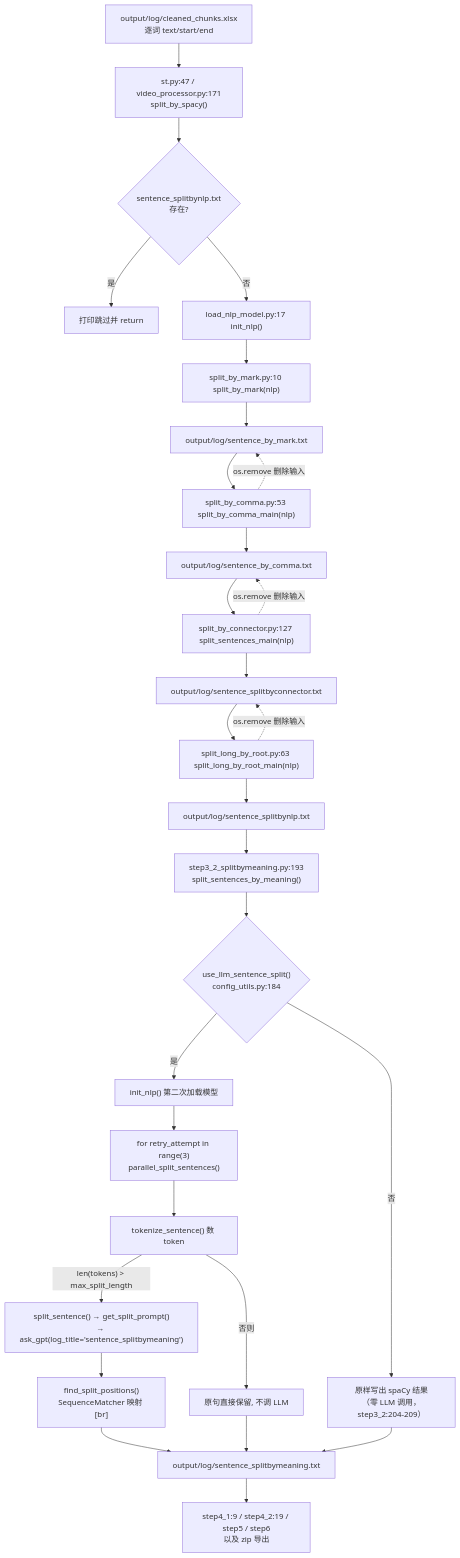
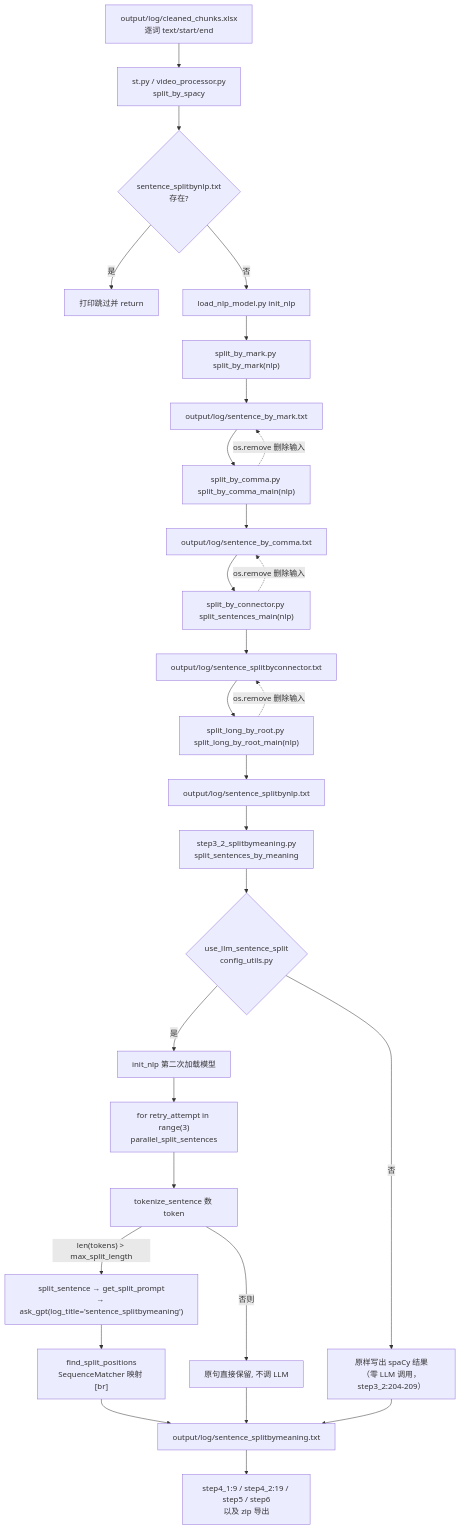
Before and after one commit to Brzjomo/VideoLingoMove: the diagram in devdocs/02-pipeline/03-句子切分NLP.md, drawn with Mermaid. The commit also changed other lines of this file and 33 other files, not shown here.

````diff
--- a/devdocs/02-pipeline/03-句子切分NLP.md
+++ b/devdocs/02-pipeline/03-句子切分NLP.md
@@ -54,31 +54,31 @@
 ```mermaid
 flowchart TD
-    X["output/log/cleaned_chunks.xlsx<br/>逐词 text/start/end"] --> ENT
-    ENT["st.py:47 / video_processor.py:171<br/>split_by_spacy()"] --> IDEM{"sentence_splitbynlp.txt<br/>存在?"}
-    IDEM -- 是 --> SKIP["打印跳过并 return"]
-    IDEM -- 否 --> INIT["load_nlp_model.py:17 init_nlp()"]
-    INIT --> M["split_by_mark.py:10 split_by_mark(nlp)"]
-    M --> F1["output/log/sentence_by_mark.txt"]
-    F1 --> C["split_by_comma.py:53 split_by_comma_main(nlp)"]
-    C -.->|"os.remove 删除输入"| F1
-    C --> F2["output/log/sentence_by_comma.txt"]
-    F2 --> N["split_by_connector.py:127 split_sentences_main(nlp)"]
-    N -.->|"os.remove 删除输入"| F2
-    N --> F3["output/log/sentence_splitbyconnector.txt"]
-    F3 --> R["split_long_by_root.py:63 split_long_by_root_main(nlp)"]
-    R -.->|"os.remove 删除输入"| F3
-    R --> F4["output/log/sentence_splitbynlp.txt"]
-    F4 --> SM["step3_2_splitbymeaning.py:193<br/>split_sentences_by_meaning()"]
-    SM --> GATE{"use_llm_sentence_split()<br/>config_utils.py:184"}
-    GATE -- 否 --> COPY["原样写出 spaCy 结果<br/>（零 LLM 调用，step3_2:204-209）"]
-    GATE -- 是 --> INIT2["init_nlp() 第二次加载模型"]
-    INIT2 --> RETRY["for retry_attempt in range(3)<br/>parallel_split_sentences()"]
-    RETRY --> TOK["tokenize_sentence() 数 token"]
-    TOK -- "len(tokens) &gt; max_split_length" --> LLM["split_sentence() → get_split_prompt()<br/>→ ask_gpt(log_title='sentence_splitbymeaning')"]
-    TOK -- "否则" --> KEEP["原句直接保留, 不调 LLM"]
-    LLM --> FSP["find_split_positions()<br/>SequenceMatcher 映射 [br]"]
-    FSP --> OUT["output/log/sentence_splitbymeaning.txt"]
-    KEEP --> OUT
-    COPY --> OUT
-    OUT --> D["step4_1:9 / step4_2:19 / step5 / step6<br/>以及 zip 导出"]
+ X["output/log/cleaned_chunks.xlsx<br/>逐词 text/start/end"] --> ENT
+ ENT["st.py / video_processor.py<br/>split_by_spacy"] --> IDEM{"sentence_splitbynlp.txt<br/>存在?"}
+ IDEM -- 是 --> SKIP["打印跳过并 return"]
+ IDEM -- 否 --> INIT["load_nlp_model.py init_nlp"]
+ INIT --> M["split_by_mark.py split_by_mark(nlp)"]
+ M --> F1["output/log/sentence_by_mark.txt"]
+ F1 --> C["split_by_comma.py split_by_comma_main(nlp)"]
+ C -.->|"os.remove 删除输入"| F1
+ C --> F2["output/log/sentence_by_comma.txt"]
+ F2 --> N["split_by_connector.py split_sentences_main(nlp)"]
+ N -.->|"os.remove 删除输入"| F2
+ N --> F3["output/log/sentence_splitbyconnector.txt"]
+ F3 --> R["split_long_by_root.py split_long_by_root_main(nlp)"]
+ R -.->|"os.remove 删除输入"| F3
+ R --> F4["output/log/sentence_splitbynlp.txt"]
+ F4 --> SM["step3_2_splitbymeaning.py<br/>split_sentences_by_meaning"]
+ SM --> GATE{"use_llm_sentence_split<br/>config_utils.py"}
+ GATE -- 否 --> COPY["原样写出 spaCy 结果<br/>（零 LLM 调用，step3_2:204-209）"]
+ GATE -- 是 --> INIT2["init_nlp 第二次加载模型"]
+ INIT2 --> RETRY["for retry_attempt in range(3)<br/>parallel_split_sentences"]
+ RETRY --> TOK["tokenize_sentence 数 token"]
+ TOK -- "len(tokens) &gt; max_split_length" --> LLM["split_sentence → get_split_prompt<br/>→ ask_gpt(log_title='sentence_splitbymeaning')"]
+ TOK -- "否则" --> KEEP["原句直接保留, 不调 LLM"]
+ LLM --> FSP["find_split_positions<br/>SequenceMatcher 映射 [br]"]
+ FSP --> OUT["output/log/sentence_splitbymeaning.txt"]
+ KEEP --> OUT
+ COPY --> OUT
+ OUT --> D["step4_1:9 / step4_2:19 / step5 / step6<br/>以及 zip 导出"]
 ```
````
